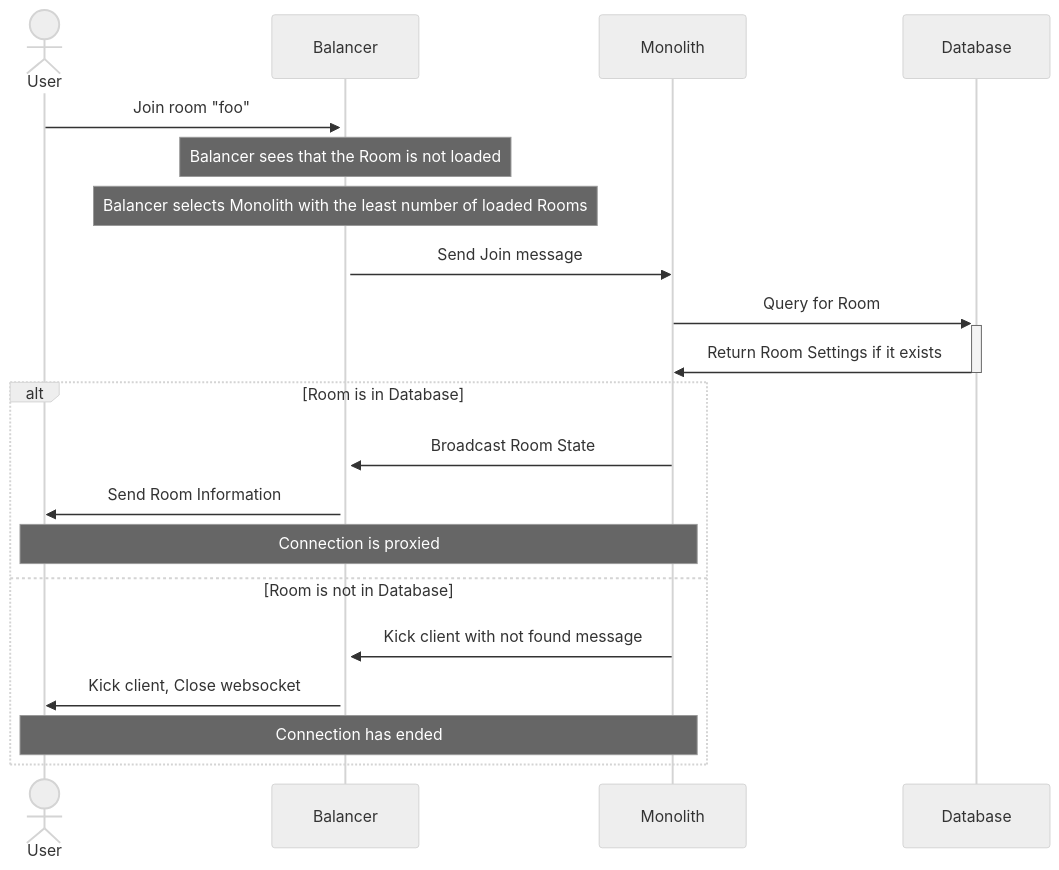
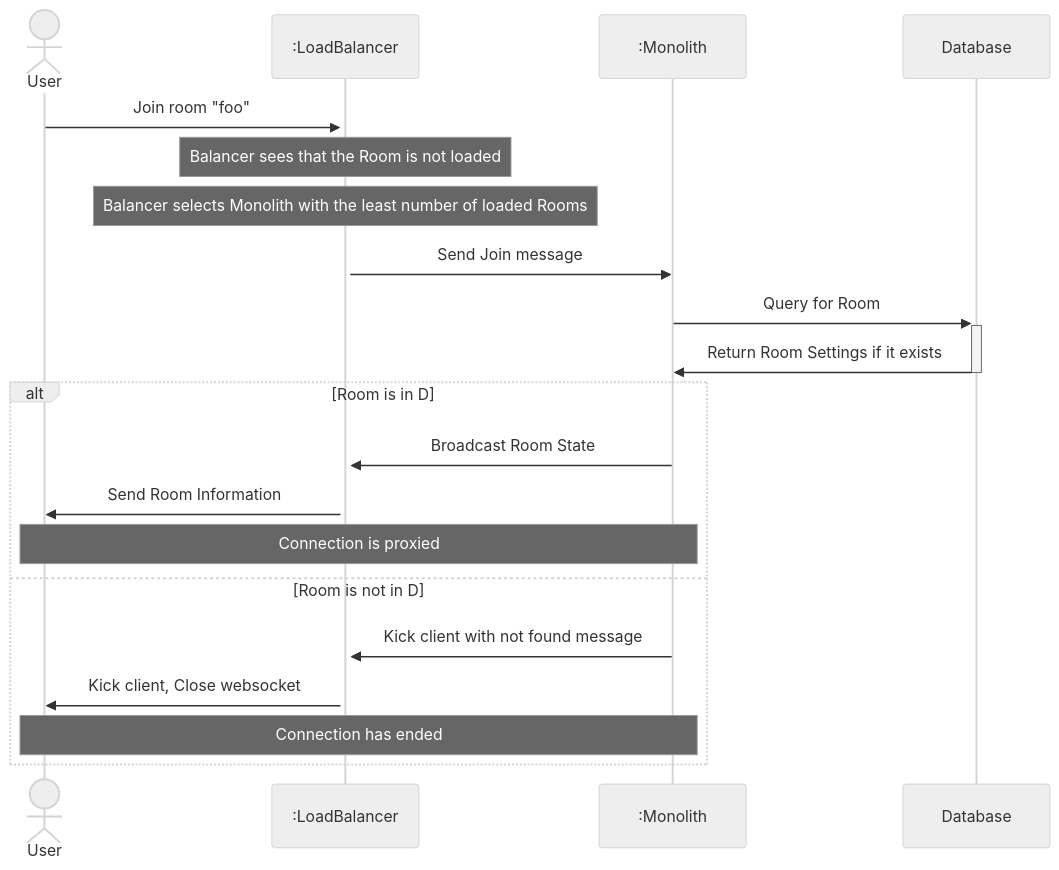
The diagram in figures/unloaded-room.mmd (dyc3/senior-design), drawn with Mermaid (neutral theme) before and after one commit. The commit also changed 9 other files, not shown here.

First line of the commit message:
object notation in sequence diagrams (#206)

```diff
--- a/figures/unloaded-room.mmd
+++ b/figures/unloaded-room.mmd
@@ -1,21 +1,21 @@
 sequenceDiagram
     actor User
-    participant Balancer
-    participant Monolith
-    participant Database
+    participant L as :LoadBalancer
+    participant M as :Monolith
+    participant D as Database
 
-    User->>+Balancer: Join room "foo"
-    note over Balancer: Balancer sees that the Room is not loaded
-    note over Balancer: Balancer selects Monolith with the least number of loaded Rooms
-    Balancer->>Monolith: Send Join message
-    Monolith->>+Database: Query for Room
-    Database->>-Monolith: Return Room Settings if it exists
-    alt Room is in Database
-        Monolith->>Balancer: Broadcast Room State
-        Balancer->>User: Send Room Information
-        note over User,Monolith: Connection is proxied
-    else Room is not in Database
-        Monolith->>Balancer: Kick client with not found message
-        Balancer->>User: Kick client, Close websocket
-        note over User,Monolith: Connection has ended
+    User->>+L: Join room "foo"
+    note over L: Balancer sees that the Room is not loaded
+    note over L: Balancer selects Monolith with the least number of loaded Rooms
+    L->>M: Send Join message
+    M->>+D: Query for Room
+    D->>-M: Return Room Settings if it exists
+    alt Room is in D
+        M->>L: Broadcast Room State
+        L->>User: Send Room Information
+        note over User,M: Connection is proxied
+    else Room is not in D
+        M->>L: Kick client with not found message
+        L->>User: Kick client, Close websocket
+        note over User,M: Connection has ended
     end
```
